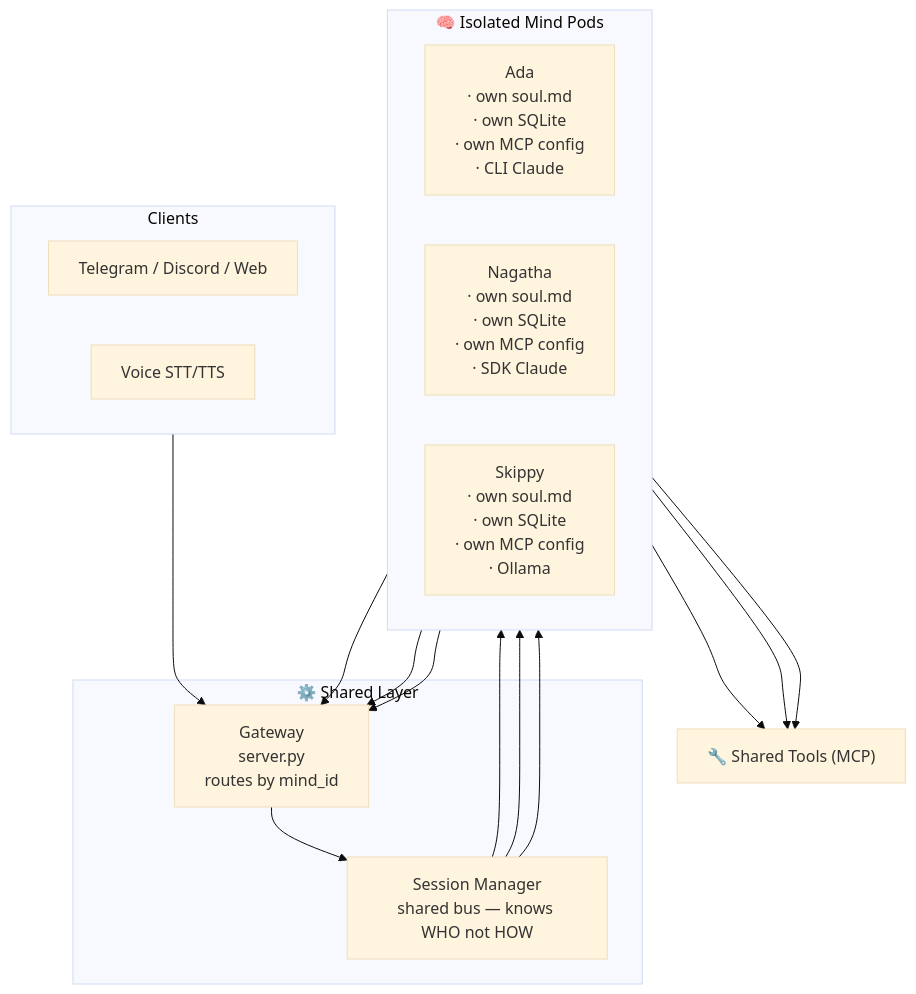
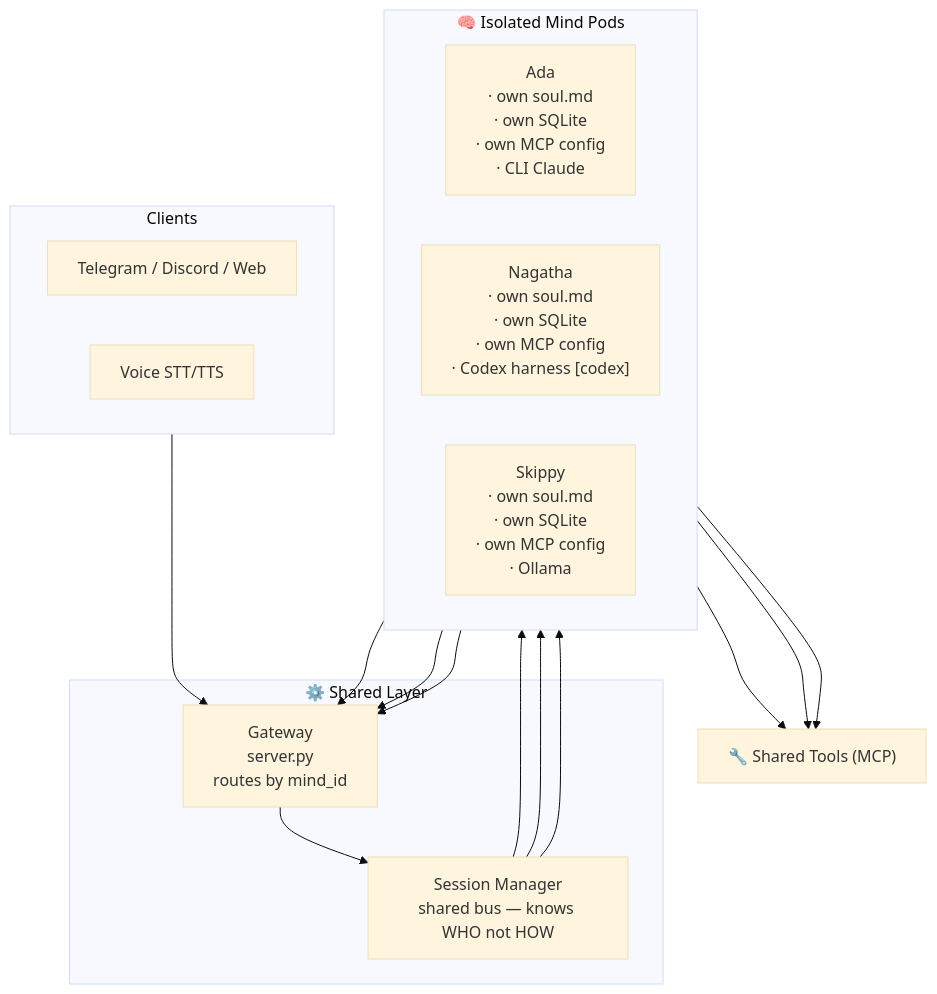
Before and after one commit to danielstewart77/hive_mind: the diagram in specs/multi-mind.md, drawn with Mermaid (base theme). The commit also changed other lines of this file and 1 other file, not shown here.

````diff
--- a/specs/multi-mind.md
+++ b/specs/multi-mind.md
@@ -52,27 +52,27 @@
 ```mermaid
 graph TD
     subgraph Clients ["Clients"]
         TG["Telegram / Discord / Web"]
         VOICE["Voice STT/TTS"]
     end
 
     subgraph Shared ["⚙️ Shared Layer"]
         GW["Gateway\nserver.py\nroutes by mind_id"]
         SM["Session Manager\nshared bus — knows WHO not HOW"]
     end
 
     subgraph Pods ["🧠 Isolated Mind Pods"]
         direction LR
         ADA["Ada\n· own soul.md\n· own SQLite\n· own MCP config\n· CLI Claude"]
-        NAG["Nagatha\n· own soul.md\n· own SQLite\n· own MCP config\n· SDK Claude"]
+        NAG["Nagatha\n· own soul.md\n· own SQLite\n· own MCP config\n· Codex harness [codex]"]
         SKIP["Skippy\n· own soul.md\n· own SQLite\n· own MCP config\n· Ollama"]
     end
 
     TOOLS["🔧 Shared Tools (MCP)"]
 
     Clients --> GW
     GW --> SM
     SM --> ADA & NAG & SKIP
     ADA & NAG & SKIP --> TOOLS
     ADA & NAG & SKIP --> GW
 ```
````
